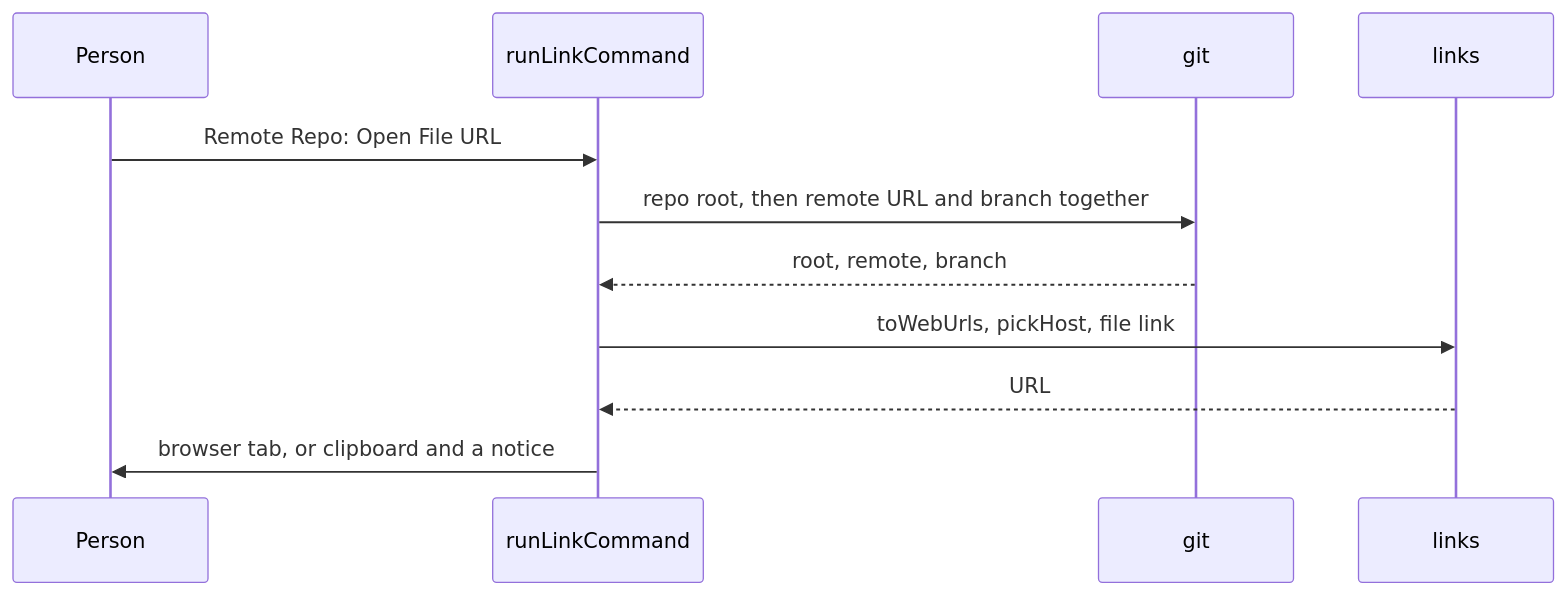
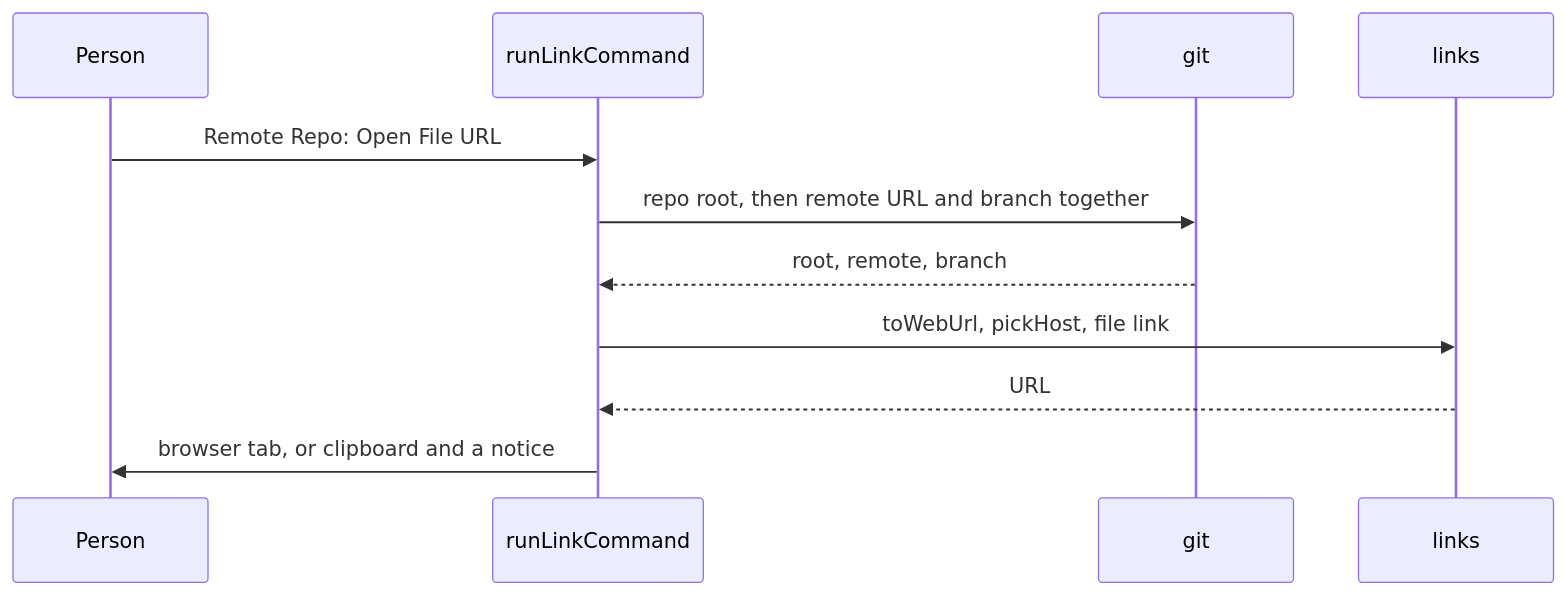
Before and after one commit to workbench-soft/vscode-open-in-github: the second of 2 diagrams in docs/architecture.md, drawn with Mermaid. The commit also changed other lines of this file and 35 other files, not shown here.

````diff
--- a/docs/architecture.md
+++ b/docs/architecture.md
@@ -39,13 +39,13 @@
 ```mermaid
 sequenceDiagram
   participant P as Person
   participant C as runLinkCommand
   participant G as git
   participant L as links
   P->>C: Remote Repo: Open File URL
   C->>G: repo root, then remote URL and branch together
   G-->>C: root, remote, branch
-  C->>L: toWebUrls, pickHost, file link
+  C->>L: toWebUrl, pickHost, file link
   L-->>C: URL
   C->>P: browser tab, or clipboard and a notice
 ```
````
